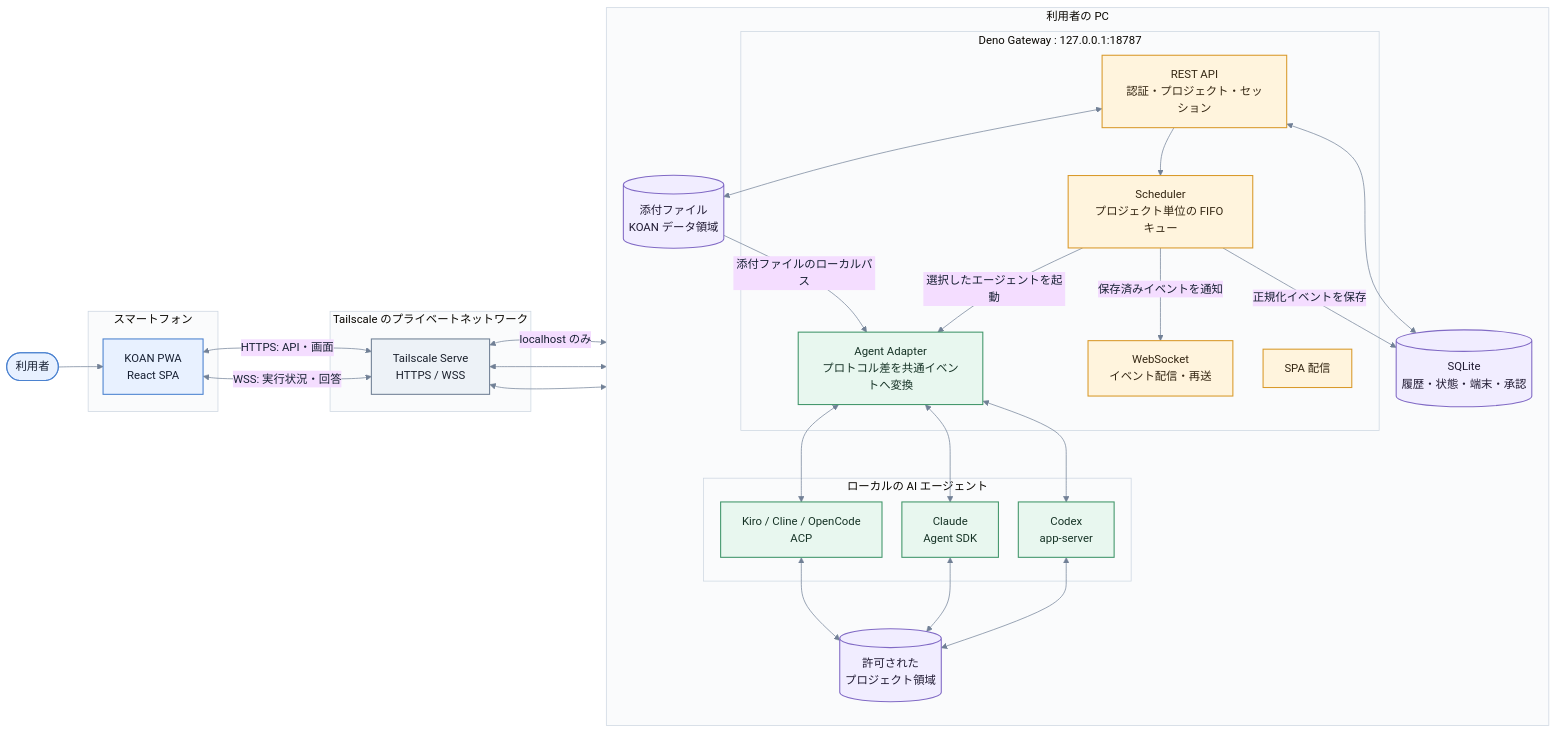
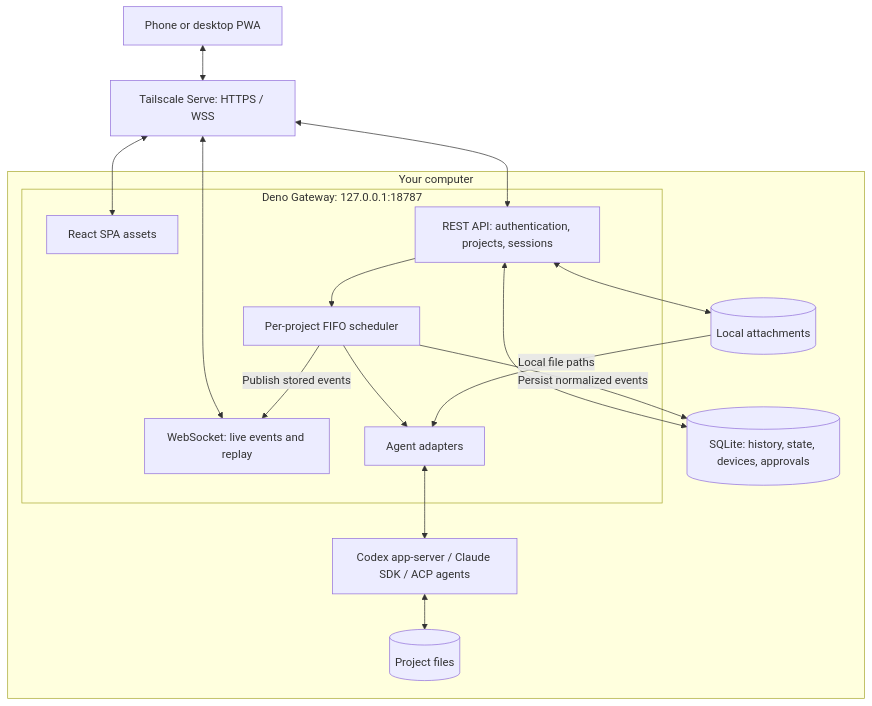
One commit to 0xkohe/KOAN changed the first of 2 diagrams in docs/SERVICE_ARCHITECTURE.md. Above: the diagram before and after it, drawn with Mermaid. The commit also changed other lines of this file and 49 other files, not shown here.

Commit message:
docs: prepare KOAN for open-source release

````diff
--- a/docs/SERVICE_ARCHITECTURE.md
+++ b/docs/SERVICE_ARCHITECTURE.md
@@ -7,67 +10,33 @@
 ```mermaid
-%%{init: {"theme":"base","themeVariables":{"fontFamily":"system-ui, sans-serif","primaryTextColor":"#172033","lineColor":"#718096","clusterBkg":"#fafbfc","clusterBorder":"#cbd5e0"},"flowchart":{"curve":"basis","nodeSpacing":28,"rankSpacing":42}}}%%
-flowchart LR
-    user([利用者])
+flowchart TB
+    pwa[Phone or desktop PWA]
+    serve[Tailscale Serve: HTTPS / WSS]
+    pwa <--> serve
 
-    subgraph phone[スマートフォン]
-        pwa[KOAN PWA<br/>React SPA]
+    subgraph host[Your computer]
+        subgraph gateway[Deno Gateway: 127.0.0.1:18787]
+            static[React SPA assets]
+            api[REST API: authentication, projects, sessions]
+            ws[WebSocket: live events and replay]
+            scheduler[Per-project FIFO scheduler]
+            adapters[Agent adapters]
+        end
+        sqlite[(SQLite: history, state, devices, approvals)]
+        attachments[(Local attachments)]
+        agents[Codex app-server / Claude SDK / ACP agents]
+        projects[(Project files)]
     end
 
-    subgraph tailnet[Tailscale のプライベートネットワーク]
-        serve[Tailscale Serve<br/>HTTPS / WSS]
-    end
-
-    subgraph pc[利用者の PC]
-        direction TB
-
-        subgraph gateway[Deno Gateway : 127.0.0.1:18787]
-            static[SPA 配信]
-            api[REST API<br/>認証・プロジェクト・セッション]
-            ws[WebSocket<br/>イベント配信・再送]
-            scheduler[Scheduler<br/>プロジェクト単位の FIFO キュー]
-            adapters[Agent Adapter<br/>プロトコル差を共通イベントへ変換]
-        end
-
-        sqlite[(SQLite<br/>履歴・状態・端末・承認)]
-        files[(添付ファイル<br/>KOAN データ領域)]
-        project[(許可された<br/>プロジェクト領域)]
-
-        subgraph agents[ローカルの AI エージェント]
-            codex[Codex<br/>app-server]
-            claude[Claude<br/>Agent SDK]
-            acp[Kiro / Cline / OpenCode<br/>ACP]
-        end
-    end
-
-    user --> pwa
-    pwa <-->|HTTPS: API・画面| serve
-    pwa <-->|WSS: 実行状況・回答| serve
-    serve <-->|localhost のみ| static
+    serve <--> static
     serve <--> api
     serve <--> ws
-
+    api <--> sqlite
+    api <--> attachments
     api --> scheduler
-    api <--> sqlite
-    api <--> files
-    scheduler -->|選択したエージェントを起動| adapters
-    adapters <--> codex
-    adapters <--> claude
-    adapters <--> acp
-    codex <--> project
-    claude <--> project
-    acp <--> project
-    scheduler -->|正規化イベントを保存| sqlite
-    scheduler -->|保存済みイベントを通知| ws
-    files -->|添付ファイルのローカルパス| adapters
-
-    classDef client fill:#e8f1ff,stroke:#4b82d0,color:#172033,stroke-width:1.5px;
-    classDef network fill:#edf2f7,stroke:#718096,color:#1a202c,stroke-width:1.5px;
-    classDef core fill:#fff4dd,stroke:#d99a2b,color:#352713,stroke-width:1.5px;
-    classDef data fill:#f1edff,stroke:#816ac5,color:#211b33,stroke-width:1.5px;
-    classDef agent fill:#e8f7ef,stroke:#41966a,color:#163326,stroke-width:1.5px;
-    class user,pwa client;
-    class serve network;
-    class static,api,ws,scheduler core;
-    class sqlite,files,project data;
-    class adapters,codex,claude,acp agent;
+    scheduler --> adapters
+    adapters <--> agents
+    agents <--> projects
+    scheduler -->|Persist normalized events| sqlite
+    scheduler -->|Publish stored events| ws
+    attachments -->|Local file paths| adapters
 ```
````
